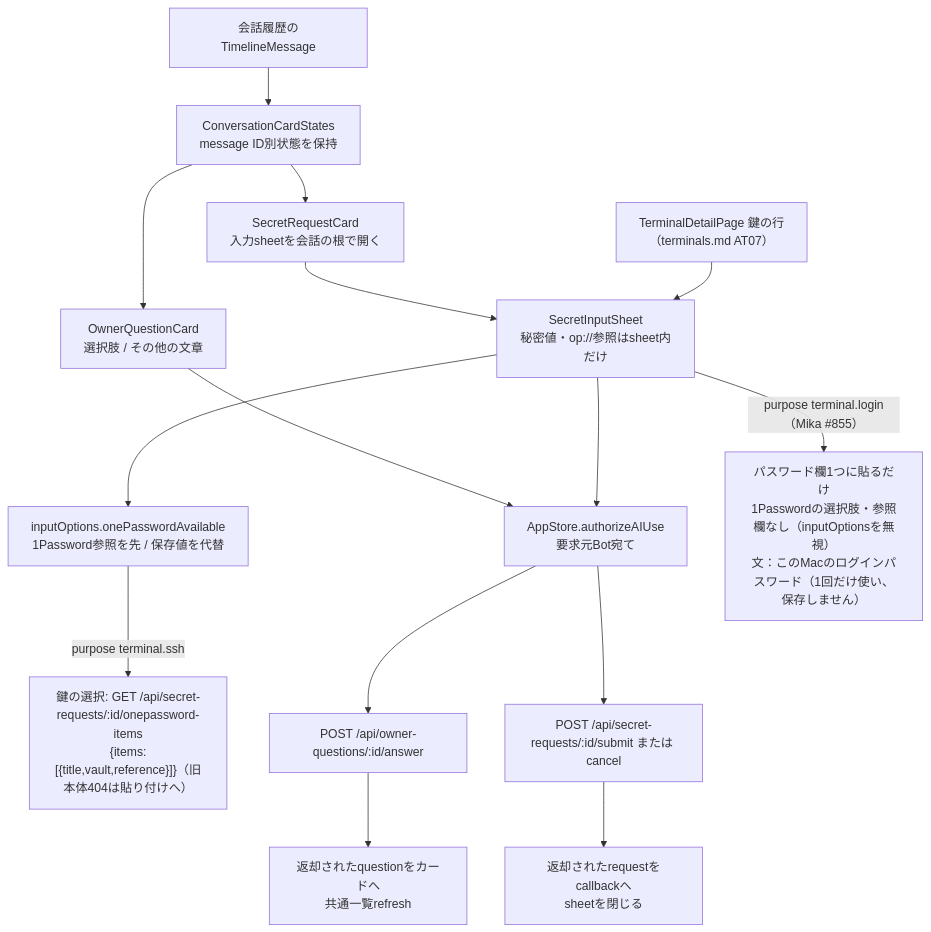
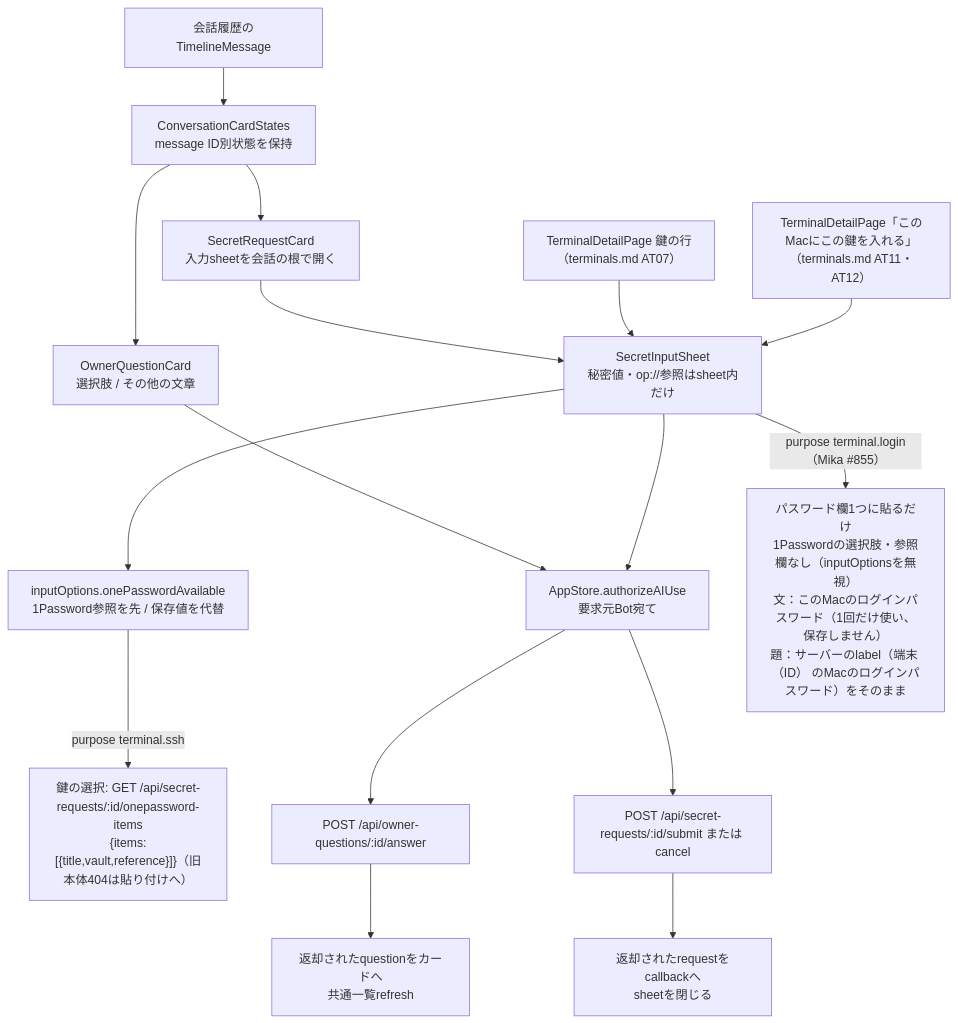
The first of 4 diagrams in docs/architecture/modules/apple/requests-and-auth.md (kitepon/BellTeam), drawn with Mermaid before and after one commit. The commit also changed other lines of this file and 14 other files, not shown here.

````diff
--- a/docs/architecture/modules/apple/requests-and-auth.md
+++ b/docs/architecture/modules/apple/requests-and-auth.md
@@ -9,17 +9,18 @@
 ```mermaid
 flowchart TD
   Message["会話履歴のTimelineMessage"] --> Cards["ConversationCardStates<br/>message ID別状態を保持"]
   Cards --> Question["OwnerQuestionCard<br/>選択肢 / その他の文章"]
   Cards --> Secret["SecretRequestCard<br/>入力sheetを会話の根で開く"]
   Question --> Access["AppStore.authorizeAIUse<br/>要求元Bot宛て"]
   Secret --> Sheet["SecretInputSheet<br/>秘密値・op://参照はsheet内だけ"]
   TerminalKey["TerminalDetailPage 鍵の行<br/>（terminals.md AT07）"] --> Sheet
+  TerminalAuthorize["TerminalDetailPage「このMacにこの鍵を入れる」<br/>（terminals.md AT11・AT12）"] --> Sheet
   Sheet --> Source["inputOptions.onePasswordAvailable<br/>1Password参照を先 / 保存値を代替"]
-  Sheet -->|"purpose terminal.login（Mika #855）"| Login["パスワード欄1つに貼るだけ<br/>1Passwordの選択肢・参照欄なし（inputOptionsを無視）<br/>文：このMacのログインパスワード（1回だけ使い、保存しません）"]
+  Sheet -->|"purpose terminal.login（Mika #855）"| Login["パスワード欄1つに貼るだけ<br/>1Passwordの選択肢・参照欄なし（inputOptionsを無視）<br/>文：このMacのログインパスワード（1回だけ使い、保存しません）<br/>題：サーバーのlabel（端末 （ID） のMacのログインパスワード）をそのまま"]
   Source -->|"purpose terminal.ssh"| Picker["鍵の選択: GET /api/secret-requests/:id/onepassword-items<br/>{items:[{title,vault,reference}]}（旧本体404は貼り付けへ）"]
   Sheet --> Access
   Access --> Answer["POST /api/owner-questions/:id/answer"]
   Access --> Finish["POST /api/secret-requests/:id/submit または cancel"]
   Answer --> Result["返却されたquestionをカードへ<br/>共通一覧refresh"]
   Finish --> Complete["返却されたrequestをcallbackへ<br/>sheetを閉じる"]
 ```
````
